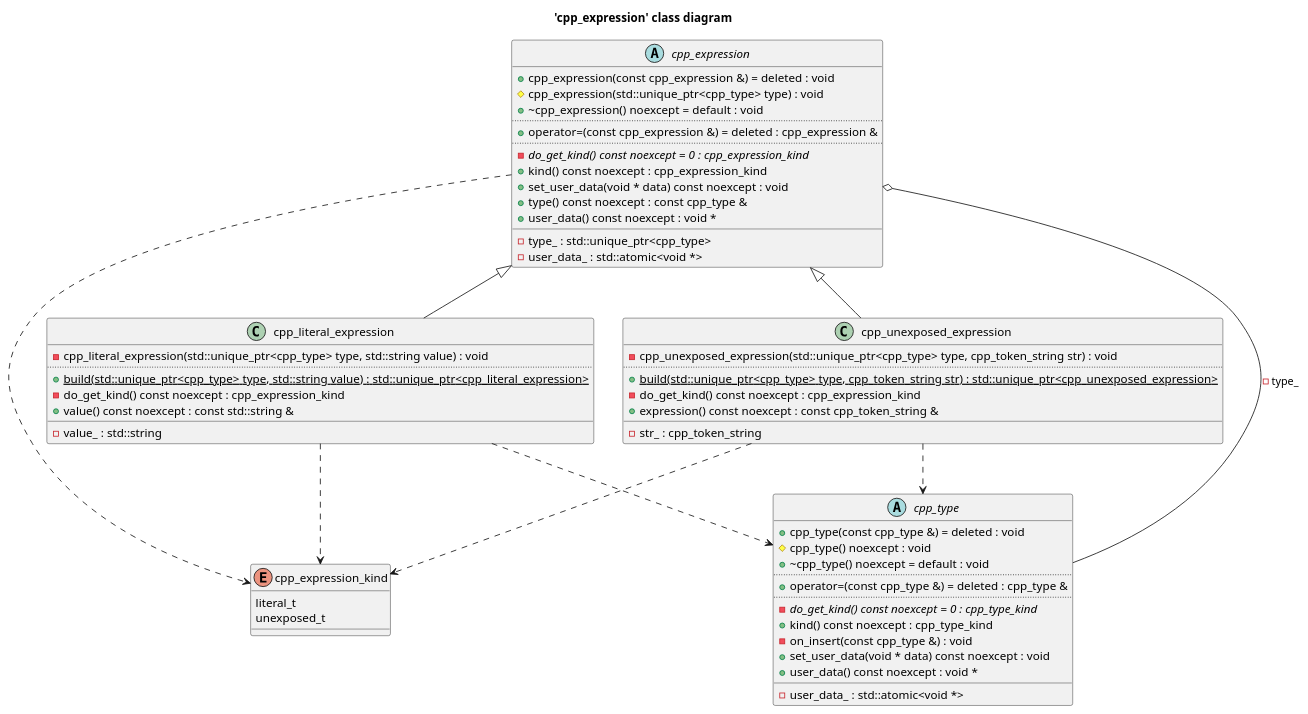
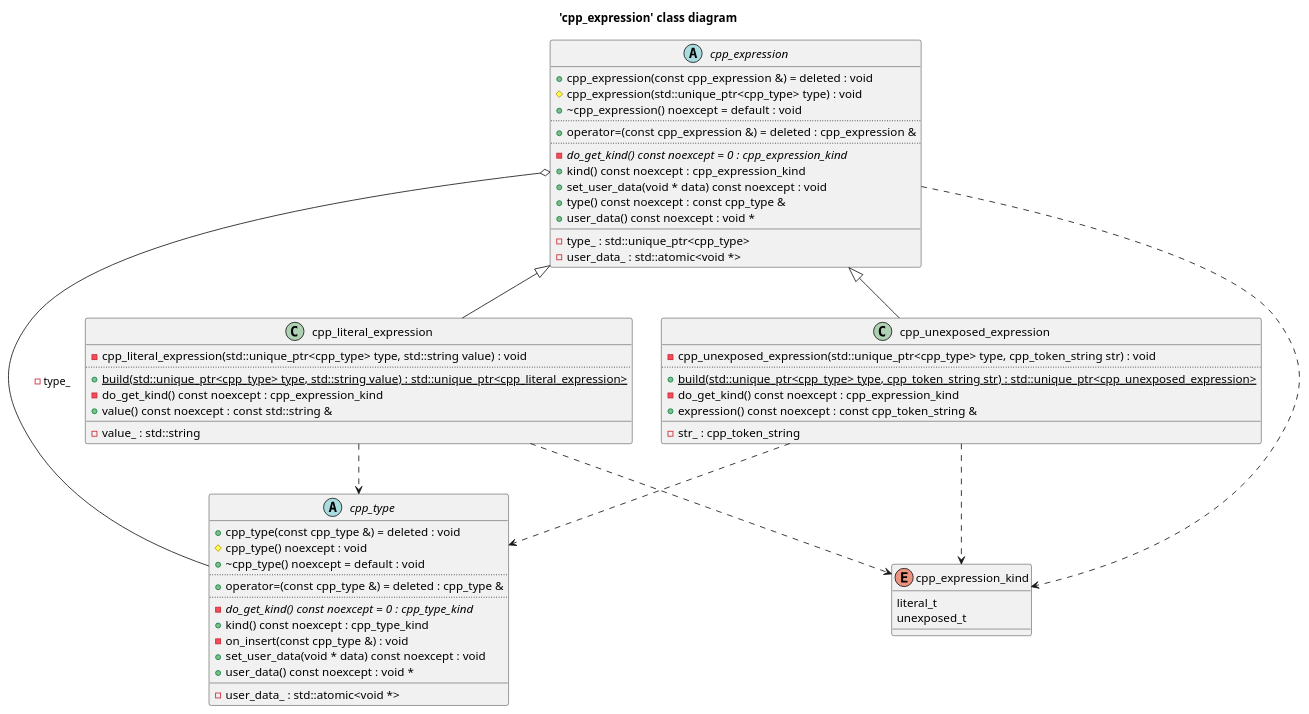
The diagram in cppast/diagrams/cpp_expression_class_diagram.puml (bkryza/clang-uml-examples), drawn with PlantUML before and after one commit. The commit also changed 16 other files, not shown here.

Commit message:
Updated cppast diagrams (#2)

```diff
--- a/cppast/diagrams/cpp_expression_class_diagram.puml
+++ b/cppast/diagrams/cpp_expression_class_diagram.puml
@@ -1,72 +1,72 @@
 @startuml
 title 'cpp_expression' class diagram
-enum "cpp_expression_kind" as C_0005398411911865345735
-enum C_0005398411911865345735 [[https://github.com/foonathan/cppast/blob/5329e377ab9b9ab9309e9641f3fcda04366a449a/include/cppast/cppast_fwd.hpp#L93{cpp_expression_kind}]] {
-literal_t
-unexposed_t
-}
 abstract "cpp_type" as C_0012685224329895379678
 abstract C_0012685224329895379678 [[https://github.com/foonathan/cppast/blob/5329e377ab9b9ab9309e9641f3fcda04366a449a/include/cppast/cpp_type.hpp#L44{cpp_type}]] {
 +cpp_type(const cpp_type &) = deleted : void [[[https://github.com/foonathan/cppast/blob/5329e377ab9b9ab9309e9641f3fcda04366a449a/include/cppast/cpp_type.hpp#L47{cpp_type}]]]
 #cpp_type() noexcept : void [[[https://github.com/foonathan/cppast/blob/5329e377ab9b9ab9309e9641f3fcda04366a449a/include/cppast/cpp_type.hpp#L77{cpp_type}]]]
 +~cpp_type() noexcept = default : void [[[https://github.com/foonathan/cppast/blob/5329e377ab9b9ab9309e9641f3fcda04366a449a/include/cppast/cpp_type.hpp#L50{~cpp_type}]]]
 ..
 +operator=(const cpp_type &) = deleted : cpp_type & [[[https://github.com/foonathan/cppast/blob/5329e377ab9b9ab9309e9641f3fcda04366a449a/include/cppast/cpp_type.hpp#L48{operator=}]]]
 ..
 {abstract} -do_get_kind() const noexcept = 0 : cpp_type_kind [[[https://github.com/foonathan/cppast/blob/5329e377ab9b9ab9309e9641f3fcda04366a449a/include/cppast/cpp_type.hpp#L81{do_get_kind}]]]
 +kind() const noexcept : cpp_type_kind [[[https://github.com/foonathan/cppast/blob/5329e377ab9b9ab9309e9641f3fcda04366a449a/include/cppast/cpp_type.hpp#L53{kind}]]]
 -on_insert(const cpp_type &) : void [[[https://github.com/foonathan/cppast/blob/5329e377ab9b9ab9309e9641f3fcda04366a449a/include/cppast/cpp_type.hpp#L83{on_insert}]]]
 +set_user_data(void * data) const noexcept : void [[[https://github.com/foonathan/cppast/blob/5329e377ab9b9ab9309e9641f3fcda04366a449a/include/cppast/cpp_type.hpp#L71{set_user_data}]]]
 +user_data() const noexcept : void * [[[https://github.com/foonathan/cppast/blob/5329e377ab9b9ab9309e9641f3fcda04366a449a/include/cppast/cpp_type.hpp#L59{user_data}]]]
 __
 -user_data_ : std::atomic<void *> [[[https://github.com/foonathan/cppast/blob/5329e377ab9b9ab9309e9641f3fcda04366a449a/include/cppast/cpp_type.hpp#L85{user_data_}]]]
+}
+enum "cpp_expression_kind" as C_0005398411911865345735
+enum C_0005398411911865345735 [[https://github.com/foonathan/cppast/blob/5329e377ab9b9ab9309e9641f3fcda04366a449a/include/cppast/cpp_expression.hpp#L16{cpp_expression_kind}]] {
+literal_t
+unexposed_t
 }
 abstract "cpp_expression" as C_0017827775348805875802
 abstract C_0017827775348805875802 [[https://github.com/foonathan/cppast/blob/5329e377ab9b9ab9309e9641f3fcda04366a449a/include/cppast/cpp_expression.hpp#L24{cpp_expression}]] {
 +cpp_expression(const cpp_expression &) = deleted : void [[[https://github.com/foonathan/cppast/blob/5329e377ab9b9ab9309e9641f3fcda04366a449a/include/cppast/cpp_expression.hpp#L27{cpp_expression}]]]
 #cpp_expression(std::unique_ptr<cpp_type> type) : void [[[https://github.com/foonathan/cppast/blob/5329e377ab9b9ab9309e9641f3fcda04366a449a/include/cppast/cpp_expression.hpp#L65{cpp_expression}]]]
 +~cpp_expression() noexcept = default : void [[[https://github.com/foonathan/cppast/blob/5329e377ab9b9ab9309e9641f3fcda04366a449a/include/cppast/cpp_expression.hpp#L30{~cpp_expression}]]]
 ..
 +operator=(const cpp_expression &) = deleted : cpp_expression & [[[https://github.com/foonathan/cppast/blob/5329e377ab9b9ab9309e9641f3fcda04366a449a/include/cppast/cpp_expression.hpp#L28{operator=}]]]
 ..
 {abstract} -do_get_kind() const noexcept = 0 : cpp_expression_kind [[[https://github.com/foonathan/cppast/blob/5329e377ab9b9ab9309e9641f3fcda04366a449a/include/cppast/cpp_expression.hpp#L72{do_get_kind}]]]
 +kind() const noexcept : cpp_expression_kind [[[https://github.com/foonathan/cppast/blob/5329e377ab9b9ab9309e9641f3fcda04366a449a/include/cppast/cpp_expression.hpp#L33{kind}]]]
 +set_user_data(void * data) const noexcept : void [[[https://github.com/foonathan/cppast/blob/5329e377ab9b9ab9309e9641f3fcda04366a449a/include/cppast/cpp_expression.hpp#L57{set_user_data}]]]
 +type() const noexcept : const cpp_type & [[[https://github.com/foonathan/cppast/blob/5329e377ab9b9ab9309e9641f3fcda04366a449a/include/cppast/cpp_expression.hpp#L39{type}]]]
 +user_data() const noexcept : void * [[[https://github.com/foonathan/cppast/blob/5329e377ab9b9ab9309e9641f3fcda04366a449a/include/cppast/cpp_expression.hpp#L45{user_data}]]]
 __
 -type_ : std::unique_ptr<cpp_type> [[[https://github.com/foonathan/cppast/blob/5329e377ab9b9ab9309e9641f3fcda04366a449a/include/cppast/cpp_expression.hpp#L74{type_}]]]
 -user_data_ : std::atomic<void *> [[[https://github.com/foonathan/cppast/blob/5329e377ab9b9ab9309e9641f3fcda04366a449a/include/cppast/cpp_expression.hpp#L75{user_data_}]]]
 }
 class "cpp_unexposed_expression" as C_0007825648684854810157
 class C_0007825648684854810157 [[https://github.com/foonathan/cppast/blob/5329e377ab9b9ab9309e9641f3fcda04366a449a/include/cppast/cpp_expression.hpp#L81{cpp_unexposed_expression}]] {
 -cpp_unexposed_expression(std::unique_ptr<cpp_type> type, cpp_token_string str) : void [[[https://github.com/foonathan/cppast/blob/5329e377ab9b9ab9309e9641f3fcda04366a449a/include/cppast/cpp_expression.hpp#L99{cpp_unexposed_expression}]]]
 ..
 {static} +build(std::unique_ptr<cpp_type> type, cpp_token_string str) : std::unique_ptr<cpp_unexposed_expression> [[[https://github.com/foonathan/cppast/blob/5329e377ab9b9ab9309e9641f3fcda04366a449a/include/cppast/cpp_expression.hpp#L85{build}]]]
 -do_get_kind() const noexcept : cpp_expression_kind [[[https://github.com/foonathan/cppast/blob/5329e377ab9b9ab9309e9641f3fcda04366a449a/include/cppast/cpp_expression.hpp#L103{do_get_kind}]]]
 +expression() const noexcept : const cpp_token_string & [[[https://github.com/foonathan/cppast/blob/5329e377ab9b9ab9309e9641f3fcda04366a449a/include/cppast/cpp_expression.hpp#L93{expression}]]]
 __
 -str_ : cpp_token_string [[[https://github.com/foonathan/cppast/blob/5329e377ab9b9ab9309e9641f3fcda04366a449a/include/cppast/cpp_expression.hpp#L108{str_}]]]
 }
 class "cpp_literal_expression" as C_0011853162507509380488
 class C_0011853162507509380488 [[https://github.com/foonathan/cppast/blob/5329e377ab9b9ab9309e9641f3fcda04366a449a/include/cppast/cpp_expression.hpp#L112{cpp_literal_expression}]] {
 -cpp_literal_expression(std::unique_ptr<cpp_type> type, std::string value) : void [[[https://github.com/foonathan/cppast/blob/5329e377ab9b9ab9309e9641f3fcda04366a449a/include/cppast/cpp_expression.hpp#L130{cpp_literal_expression}]]]
 ..
 {static} +build(std::unique_ptr<cpp_type> type, std::string value) : std::unique_ptr<cpp_literal_expression> [[[https://github.com/foonathan/cppast/blob/5329e377ab9b9ab9309e9641f3fcda04366a449a/include/cppast/cpp_expression.hpp#L116{build}]]]
 -do_get_kind() const noexcept : cpp_expression_kind [[[https://github.com/foonathan/cppast/blob/5329e377ab9b9ab9309e9641f3fcda04366a449a/include/cppast/cpp_expression.hpp#L134{do_get_kind}]]]
 +value() const noexcept : const std::string & [[[https://github.com/foonathan/cppast/blob/5329e377ab9b9ab9309e9641f3fcda04366a449a/include/cppast/cpp_expression.hpp#L124{value}]]]
 __
 -value_ : std::string [[[https://github.com/foonathan/cppast/blob/5329e377ab9b9ab9309e9641f3fcda04366a449a/include/cppast/cpp_expression.hpp#L139{value_}]]]
 }
 C_0017827775348805875802 ..> C_0005398411911865345735 [[https://github.com/foonathan/cppast/blob/5329e377ab9b9ab9309e9641f3fcda04366a449a/include/cppast/cpp_expression.hpp#L33{}]]
 C_0017827775348805875802 o-- C_0012685224329895379678 [[https://github.com/foonathan/cppast/blob/5329e377ab9b9ab9309e9641f3fcda04366a449a/include/cppast/cpp_expression.hpp#L74{type_}]] : -type_
 C_0007825648684854810157 ..> C_0012685224329895379678 [[https://github.com/foonathan/cppast/blob/5329e377ab9b9ab9309e9641f3fcda04366a449a/include/cppast/cpp_expression.hpp#L85{}]]
 C_0007825648684854810157 ..> C_0005398411911865345735 [[https://github.com/foonathan/cppast/blob/5329e377ab9b9ab9309e9641f3fcda04366a449a/include/cppast/cpp_expression.hpp#L103{}]]
 C_0017827775348805875802 <|-- C_0007825648684854810157
 C_0011853162507509380488 ..> C_0012685224329895379678 [[https://github.com/foonathan/cppast/blob/5329e377ab9b9ab9309e9641f3fcda04366a449a/include/cppast/cpp_expression.hpp#L116{}]]
 C_0011853162507509380488 ..> C_0005398411911865345735 [[https://github.com/foonathan/cppast/blob/5329e377ab9b9ab9309e9641f3fcda04366a449a/include/cppast/cpp_expression.hpp#L134{}]]
 C_0017827775348805875802 <|-- C_0011853162507509380488
 
-'Generated with clang-uml, version 0.6.0
+'Generated with clang-uml, version 0.6.1
 'LLVM version Ubuntu clang version 19.1.1 (1ubuntu1)
 @enduml
```
